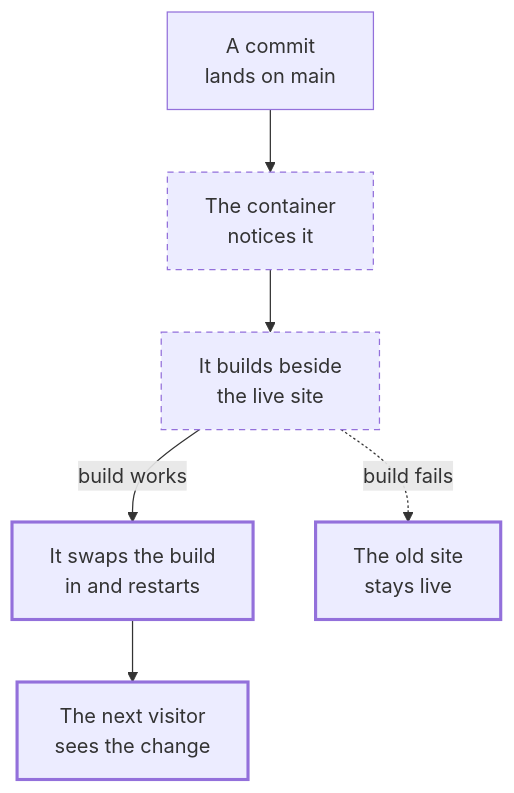
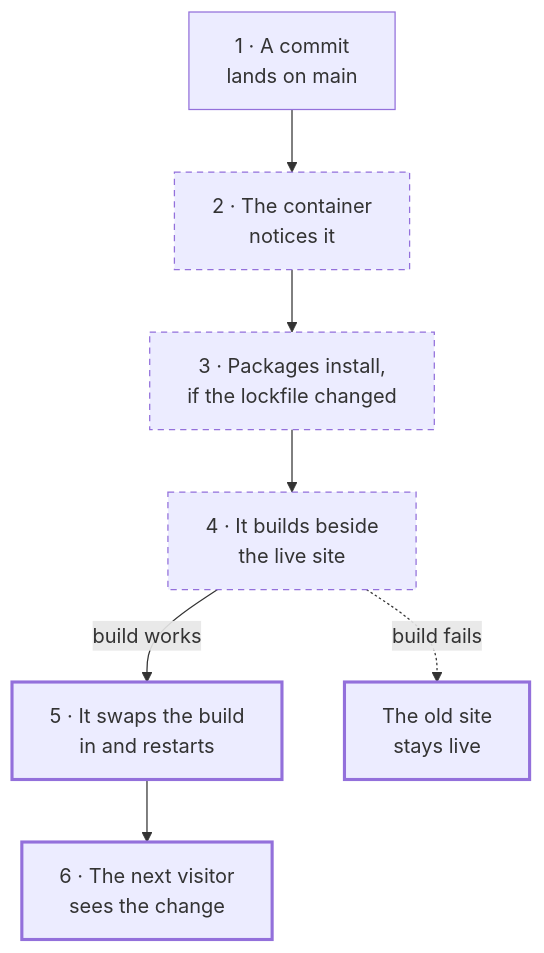
Before and after one commit to feffef/terrarium: the diagram in layers/glassbox/content/guide/pages/walkthroughs/a-change-goes-live.md, drawn with Mermaid. The commit also changed 2 other files, not shown here.

Commit message:
glassbox: number the boxes of the "A change goes live" diagram after its stops
Claude-Session: https://claude.ai/code/session_013zxzeP1EixGDy96kmktFi2

````diff
--- a/layers/glassbox/content/guide/pages/walkthroughs/a-change-goes-live.md
+++ b/layers/glassbox/content/guide/pages/walkthroughs/a-change-goes-live.md
@@ -12,12 +12,13 @@
 ```mermaid
 flowchart TD
-  main["A commit<br>lands on main"] --> notice["The container<br>notices it"]
-  notice --> build["It builds beside<br>the live site"]
-  build -- "build works" --> swap["It swaps the build<br>in and restarts"]
+  main["1 · A commit<br>lands on main"] --> notice["2 · The container<br>notices it"]
+  notice --> install["3 · Packages install,<br>if the lockfile changed"]
+  install --> build["4 · It builds beside<br>the live site"]
+  build -- "build works" --> swap["5 · It swaps the build<br>in and restarts"]
   build -. "build fails" .-> old["The old site<br>stays live"]
-  swap --> visitor["The next visitor<br>sees the change"]
+  swap --> visitor["6 · The next visitor<br>sees the change"]
   classDef beside stroke-dasharray:5 4
   classDef live stroke-width:2.5px
-  class notice,build beside
+  class notice,install,build beside
   class swap,visitor,old live
 ```
````
